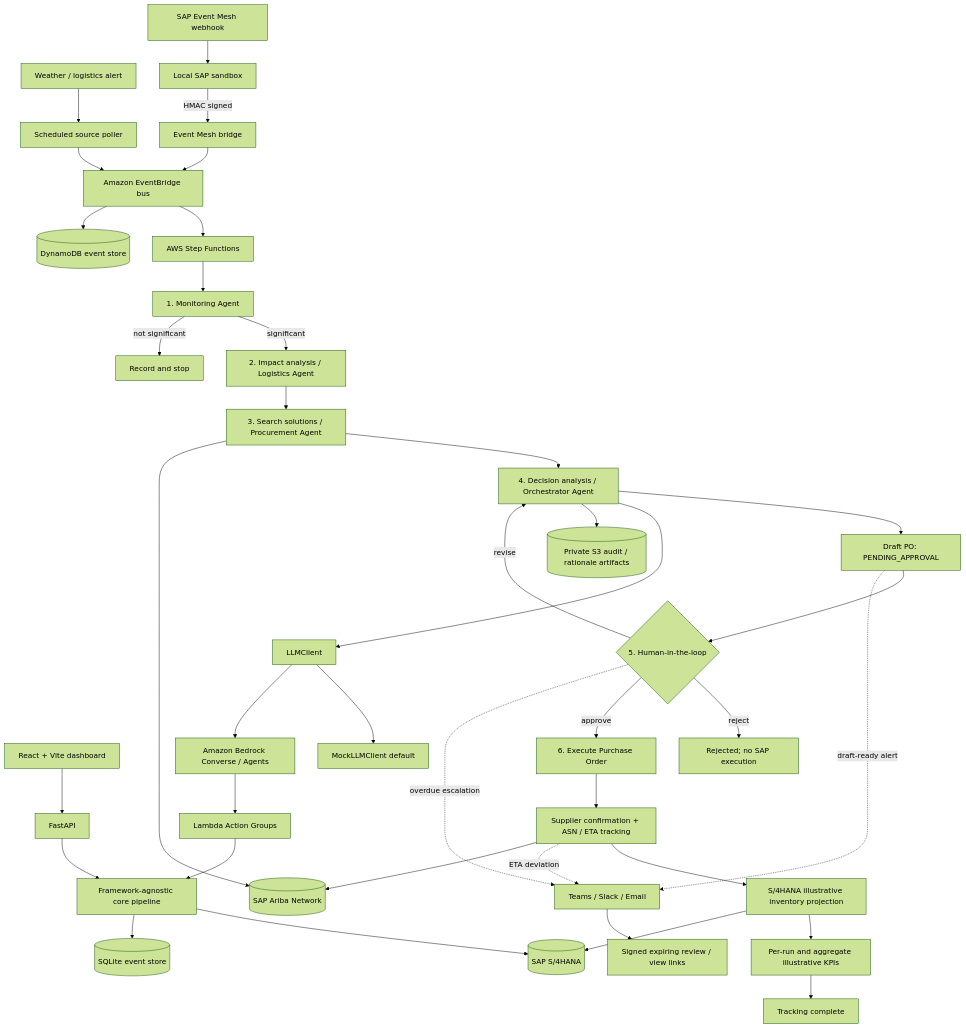
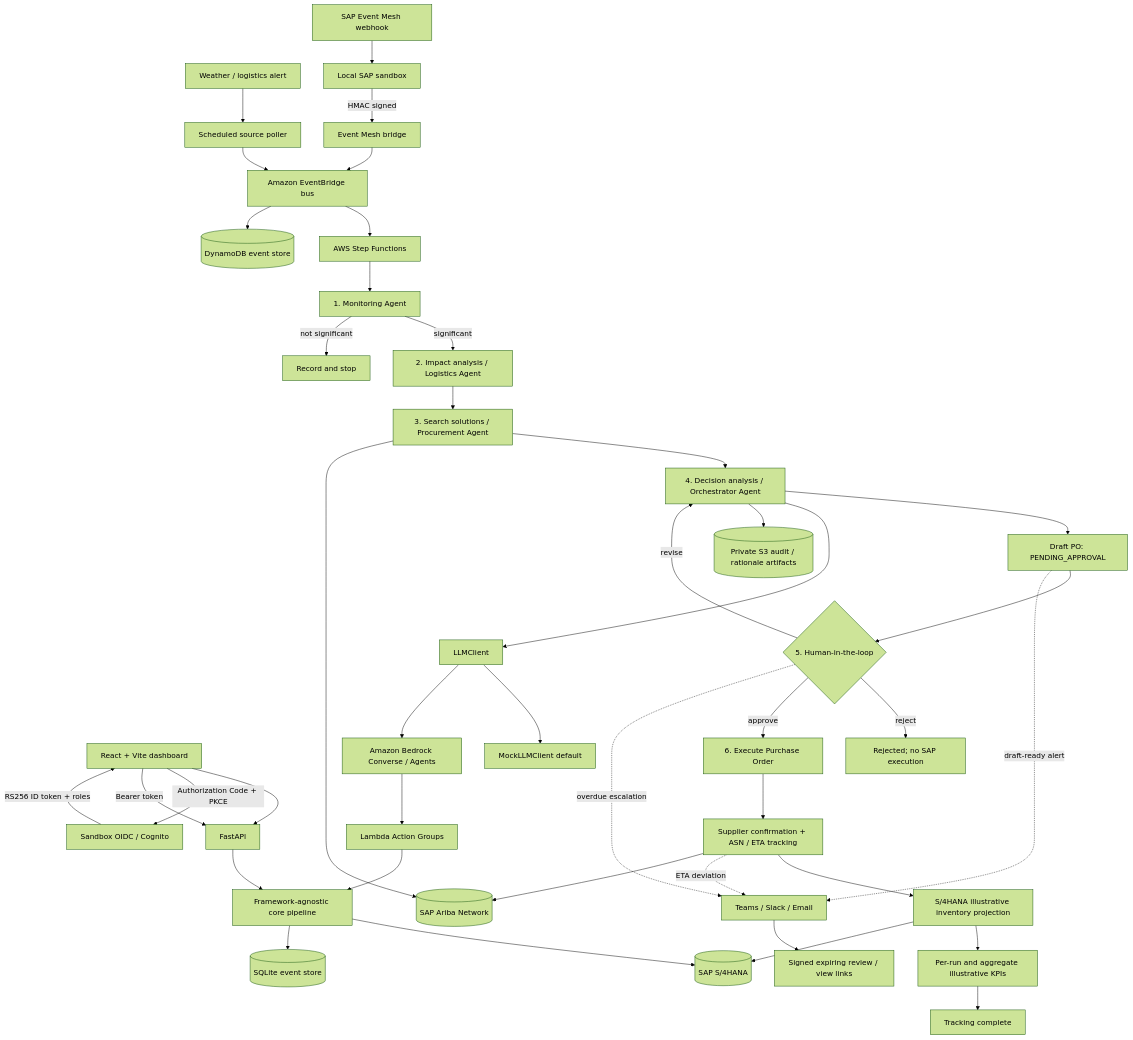
Before and after one commit to Erlangga31/ChainMind: the diagram in docs/architecture.md, drawn with Mermaid (forest theme). The commit also changed other lines of this file and 20 other files, not shown here.

Commit message:
feat: add OIDC authentication and approval roles

````diff
--- a/docs/architecture.md
+++ b/docs/architecture.md
@@ -5,41 +5,44 @@
 ```mermaid
 flowchart TD
     Ext[Weather / logistics alert] --> Poller[Scheduled source poller]
     Poller --> EB[Amazon EventBridge bus]
     SAPEvents[SAP Event Mesh webhook] --> Sandbox[Local SAP sandbox]
     Sandbox -->|HMAC signed| Bridge[Event Mesh bridge]
     Bridge --> EB
     UI[React + Vite dashboard] --> API[FastAPI]
+    UI -->|Authorization Code + PKCE| OIDC[Sandbox OIDC / Cognito]
+    OIDC -->|RS256 ID token + roles| UI
+    UI -->|Bearer token| API
     API --> Core[Framework-agnostic core pipeline]
     EB --> SF[AWS Step Functions]
     SF --> M[1. Monitoring Agent]
     M -->|significant| L[2. Impact analysis / Logistics Agent]
     M -->|not significant| Stop[Record and stop]
     L --> P[3. Search solutions / Procurement Agent]
     P --> O[4. Decision analysis / Orchestrator Agent]
     O --> Draft[Draft PO: PENDING_APPROVAL]
     Draft --> Human{5. Human-in-the-loop}
     Human -->|revise| O
     Human -->|reject| Rejected[Rejected; no SAP execution]
     Human -->|approve| Execute[6. Execute Purchase Order]
     Execute --> Track[Supplier confirmation + ASN / ETA tracking]
     Track --> Projection[S/4HANA illustrative inventory projection]
     Projection --> KPIs[Per-run and aggregate illustrative KPIs]
     KPIs --> Done[Tracking complete]
     Draft -. draft-ready alert .-> Notify[Teams / Slack / Email]
     Human -. overdue escalation .-> Notify
     Track -. ETA deviation .-> Notify
     Notify --> Links[Signed expiring review / view links]
     Core --> SAP[(SAP S/4HANA)]
     P --> Ariba[(SAP Ariba Network)]
     Track --> Ariba
     Projection --> SAP
     O --> LLM[LLMClient]
     LLM --> MockLLM[MockLLMClient default]
     LLM --> Bedrock[Amazon Bedrock Converse / Agents]
     Bedrock --> Actions[Lambda Action Groups]
     Actions --> Core
     Core --> Store[(SQLite event store)]
     EB --> StoreAWS[(DynamoDB event store)]
     O --> Audit[(Private S3 audit / rationale artifacts)]
 ```
````
